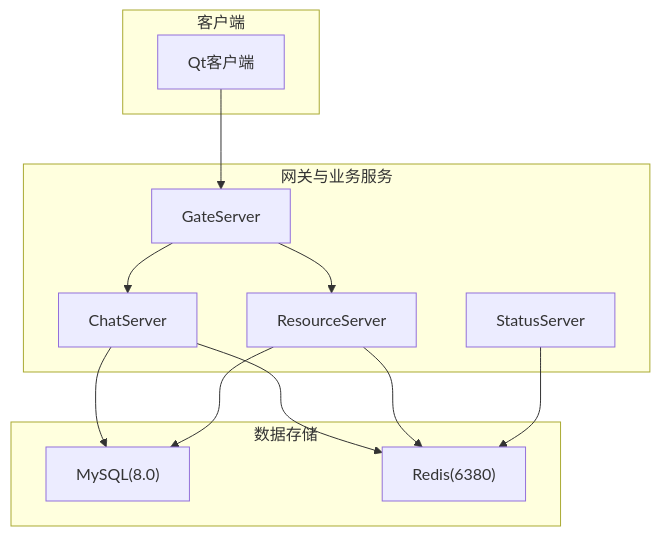
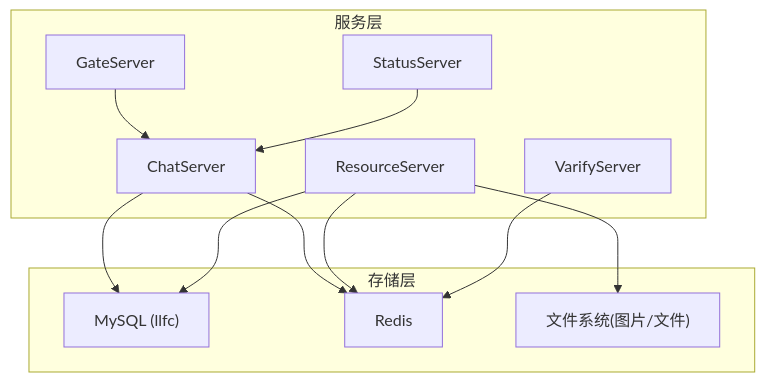
The first of 5 diagrams in .qoder/repowiki/zh/content/数据库设计/数据库设计.md (echo9923/mychatter), drawn with Mermaid before and after one commit. The commit also changed other lines of this file and 526 other files, not shown here.

````diff
--- a/.qoder/repowiki/zh/content/数据库设计/数据库设计.md
+++ b/.qoder/repowiki/zh/content/数据库设计/数据库设计.md
@@ -45,24 +35,23 @@
 ```mermaid
 graph TB
-subgraph "客户端"
-UI["Qt客户端"]
-end
-subgraph "网关与业务服务"
-Gate["GateServer"]
+subgraph "服务层"
 Chat["ChatServer"]
 Resource["ResourceServer"]
+Gate["GateServer"]
 Status["StatusServer"]
+Verify["VarifyServer"]
 end
-subgraph "数据存储"
-MySQL["MySQL(8.0)"]
-Redis["Redis(6380)"]
+subgraph "存储层"
+MySQL["MySQL (llfc)"]
+Redis["Redis"]
+FS["文件系统(图片/文件)"]
 end
-UI --> Gate
-Gate --> Chat
-Gate --> Resource
 Chat --> MySQL
 Chat --> Redis
 Resource --> MySQL
 Resource --> Redis
-Status --> Redis
+Resource --> FS
+Gate --> Chat
+Status --> Chat
+Verify --> Redis
 ```
````
